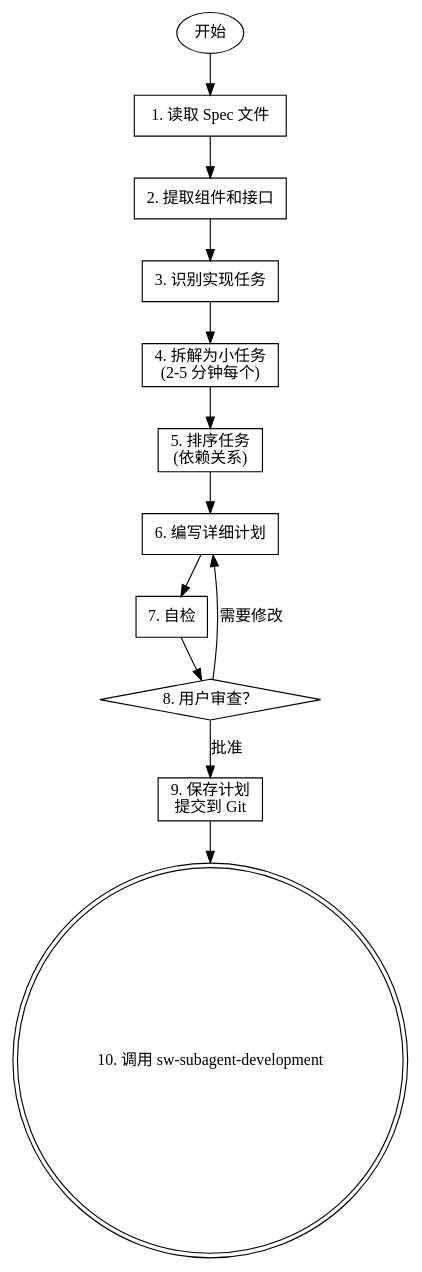
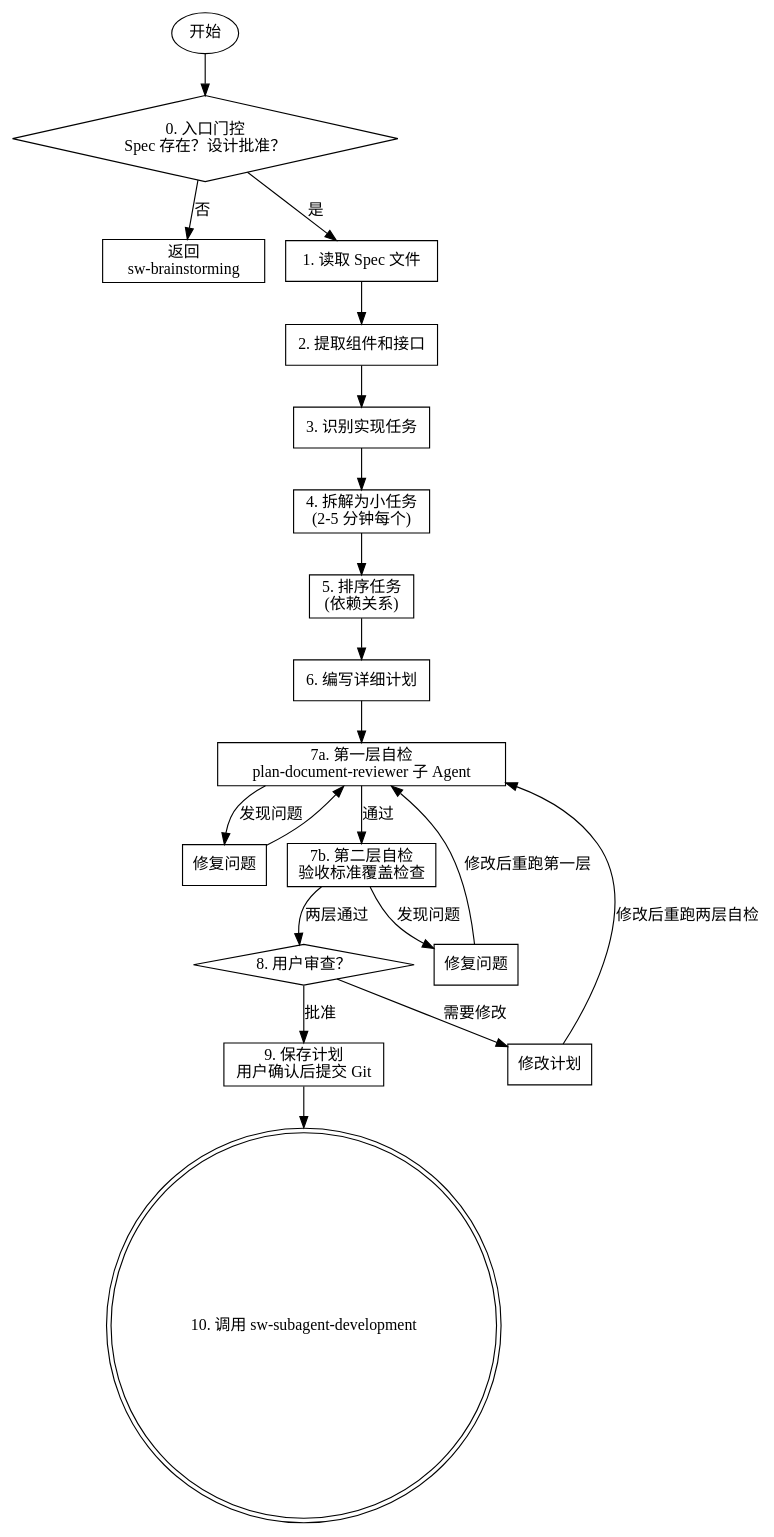
Before and after one commit to vaycentsun/sw-superpower: the second of 2 diagrams in sw-writing-specs/SKILL.md, drawn with Graphviz. The commit also changed other lines of this file and 1 other file, not shown here.

Commit message:
refactor: overhaul sw-writing-specs with two-layer plan review, entry gates, and TDD pairing

````diff
--- a/sw-writing-specs/SKILL.md
+++ b/sw-writing-specs/SKILL.md
@@ -39,29 +62,43 @@
 ```dot
 digraph process {
   rankdir=TB;
-  
+
   start [label="开始", shape=ellipse];
+  gate [label="0. 入口门控\nSpec 存在？设计批准？", shape=diamond];
+  need_design [label="返回\nsw-brainstorming", shape=box];
   read_spec [label="1. 读取 Spec 文件", shape=box];
   extract_components [label="2. 提取组件和接口", shape=box];
   identify_tasks [label="3. 识别实现任务", shape=box];
   break_down [label="4. 拆解为小任务\n(2-5 分钟每个)", shape=box];
   order_tasks [label="5. 排序任务\n(依赖关系)", shape=box];
   write_plan [label="6. 编写详细计划", shape=box];
-  self_review [label="7. 自检", shape=box];
+  layer1_review [label="7a. 第一层自检\nplan-document-reviewer 子 Agent", shape=box];
+  layer1_fix [label="修复问题", shape=box];
+  layer2_review [label="7b. 第二层自检\n验收标准覆盖检查", shape=box];
+  layer2_fix [label="修复问题", shape=box];
   user_review [label="8. 用户审查？", shape=diamond];
-  save_plan [label="9. 保存计划\n提交到 Git", shape=box];
+  user_fix [label="修改计划", shape=box];
+  save_plan [label="9. 保存计划\n用户确认后提交 Git", shape=box];
   invoke_subagent [label="10. 调用 sw-subagent-development", shape=doublecircle];
-  
-  start -> read_spec;
+
+  start -> gate;
+  gate -> need_design [label="否"];
+  gate -> read_spec [label="是"];
   read_spec -> extract_components;
   extract_components -> identify_tasks;
   identify_tasks -> break_down;
   break_down -> order_tasks;
   order_tasks -> write_plan;
-  write_plan -> self_review;
-  self_review -> user_review;
-  user_review -> write_plan [label="需要修改"];
+  write_plan -> layer1_review;
+  layer1_review -> layer1_fix [label="发现问题"];
+  layer1_fix -> layer1_review;
+  layer1_review -> layer2_review [label="通过"];
+  layer2_review -> layer2_fix [label="发现问题"];
+  layer2_fix -> layer1_review [label="修改后重跑第一层"];
+  layer2_review -> user_review [label="两层通过"];
+  user_review -> user_fix [label="需要修改"];
+  user_fix -> layer1_review [label="修改后重跑两层自检"];
   user_review -> save_plan [label="批准"];
   save_plan -> invoke_subagent;
 }
 ```
````
